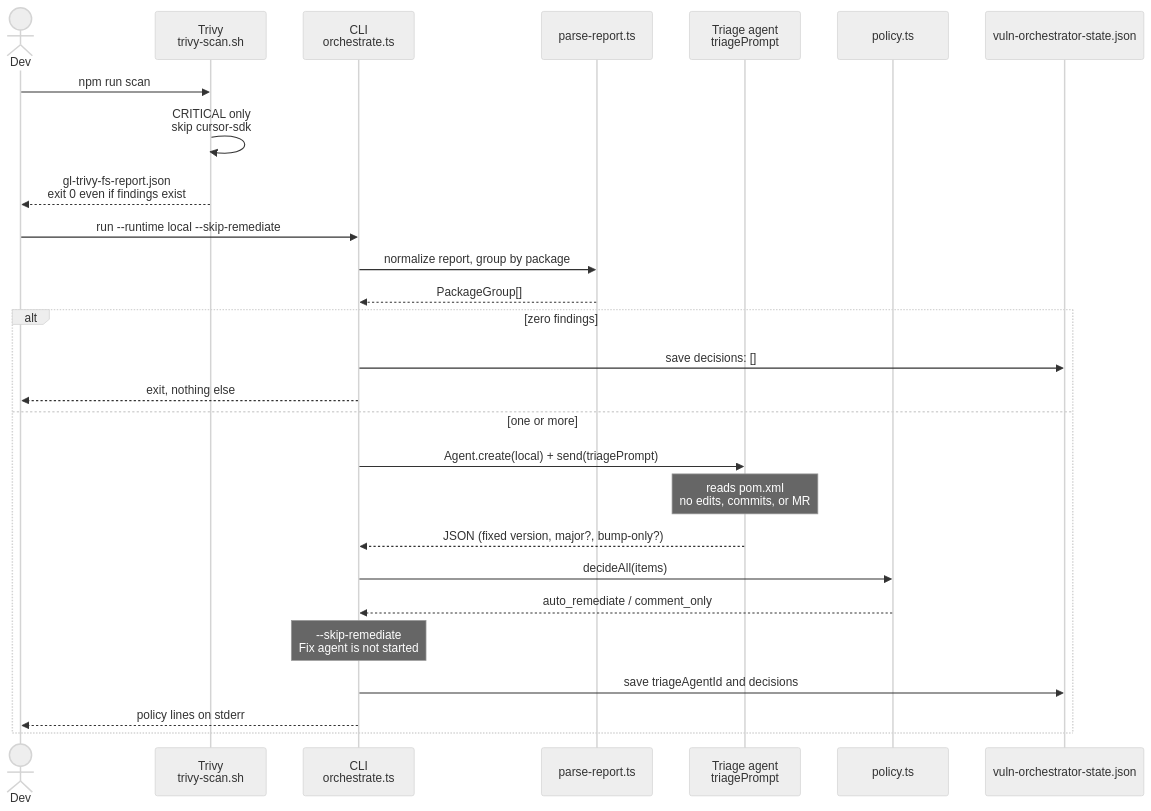
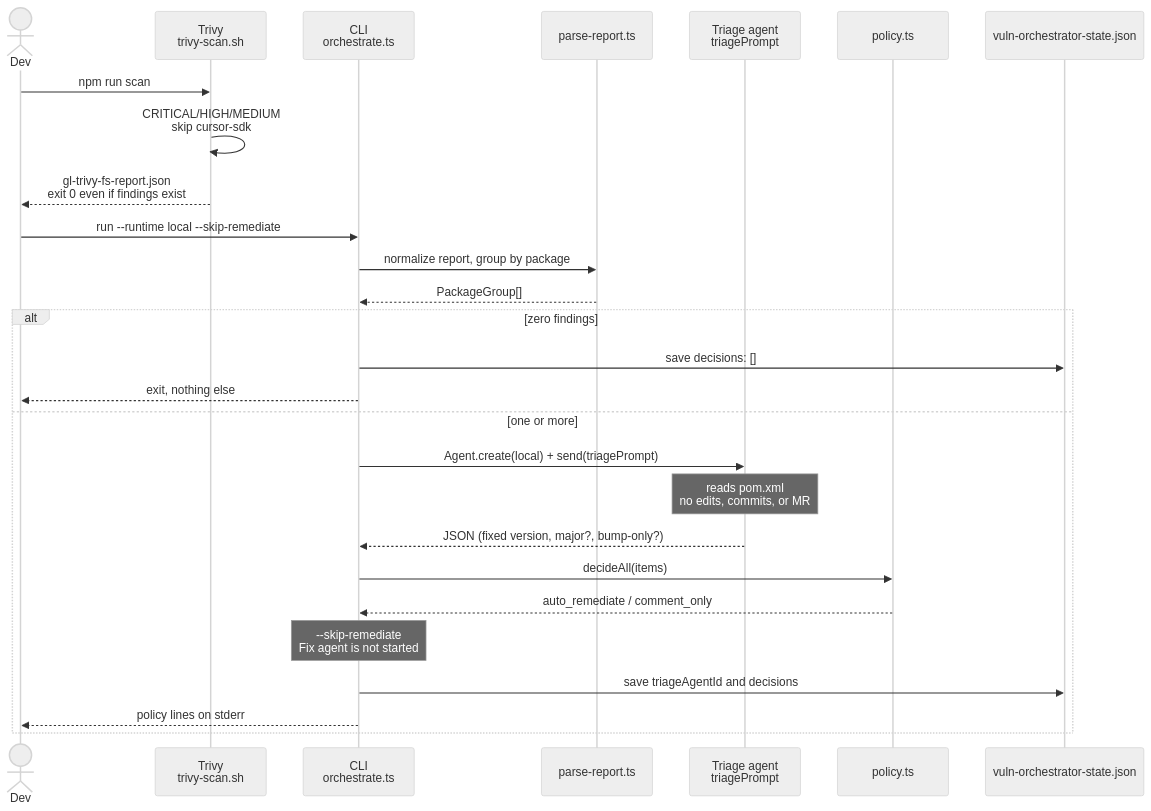
One commit to Acme-finance-demo/spring-petclinic-cursor changed the first of 5 diagrams in cursor-sdk/SEQUENCE.md. Above: the diagram before and after it, drawn with Mermaid (neutral theme). The commit also changed other lines of this file and 8 other files, not shown here.

First line of the commit message:
Scan HIGH and MEDIUM too, but still auto-fix only CRITICAL.

````diff
--- a/cursor-sdk/SEQUENCE.md
+++ b/cursor-sdk/SEQUENCE.md
@@ -30,34 +30,34 @@
 ```mermaid
 sequenceDiagram
     actor Dev
     participant Trivy as Trivy<br/>trivy-scan.sh
     participant CLI as CLI<br/>orchestrate.ts
     participant Parse as parse-report.ts
     participant Triage as Triage agent<br/>triagePrompt
     participant Policy as policy.ts
     participant State as vuln-orchestrator-state.json
 
     Dev->>Trivy: npm run scan
-    Trivy->>Trivy: CRITICAL only<br/>skip cursor-sdk
+    Trivy->>Trivy: CRITICAL/HIGH/MEDIUM<br/>skip cursor-sdk
     Trivy-->>Dev: gl-trivy-fs-report.json<br/>exit 0 even if findings exist
 
     Dev->>CLI: run --runtime local --skip-remediate
     CLI->>Parse: normalize report, group by package
     Parse-->>CLI: PackageGroup[]
 
     alt zero findings
         CLI->>State: save decisions: []
         CLI-->>Dev: exit, nothing else
     else one or more
         CLI->>Triage: Agent.create(local) + send(triagePrompt)
         Note over Triage: reads pom.xml<br/>no edits, commits, or MR
         Triage-->>CLI: JSON (fixed version, major?, bump-only?)
 
         CLI->>Policy: decideAll(items)
         Policy-->>CLI: auto_remediate / comment_only
 
         Note over CLI: --skip-remediate<br/>Fix agent is not started
         CLI->>State: save triageAgentId and decisions
         CLI-->>Dev: policy lines on stderr
     end
 ```
````
